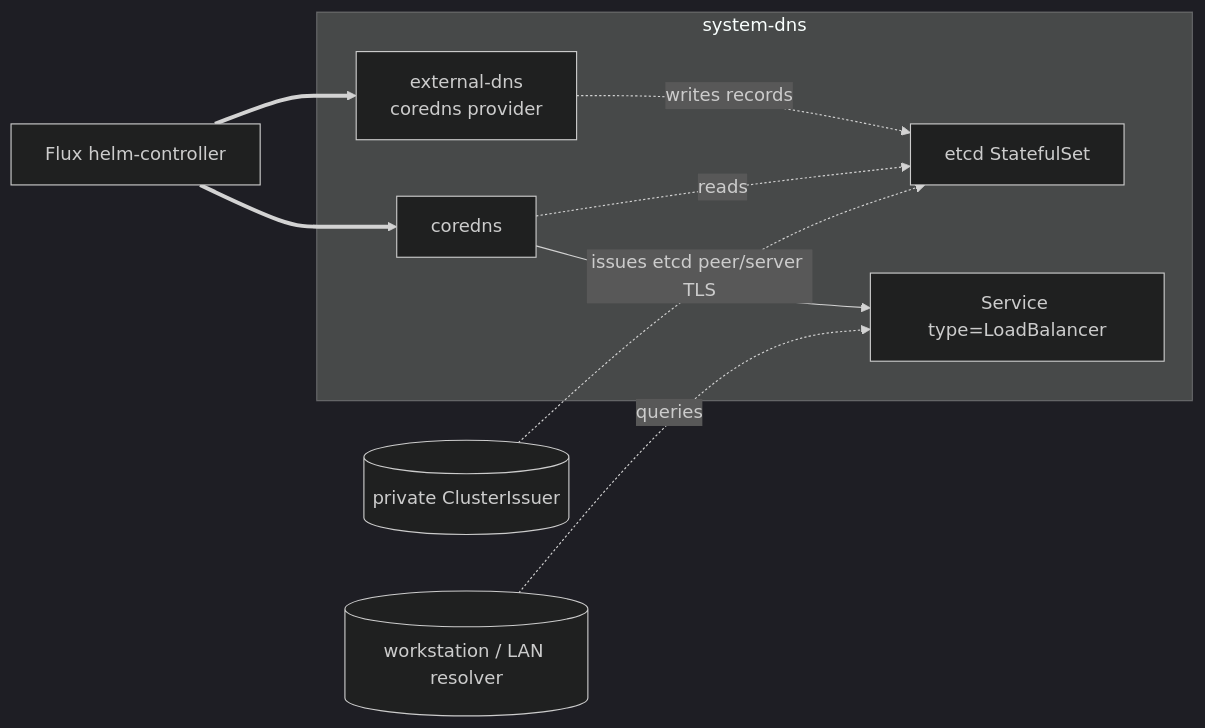
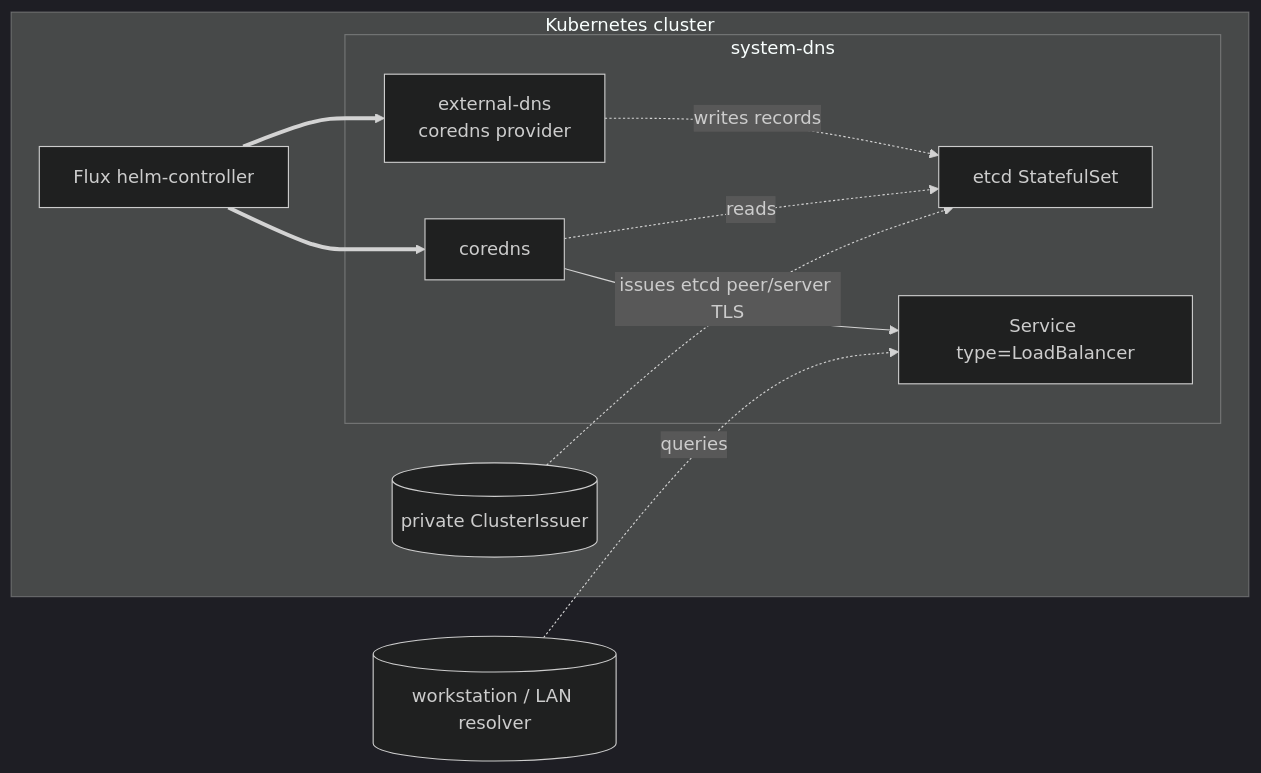
One commit to windsorcli/core changed the third of 3 diagrams in kustomize/dns/README.md. Above: the diagram before and after it, drawn with Mermaid (dark theme). The commit also changed other lines of this file and 35 other files, not shown here.

````diff
--- a/kustomize/dns/README.md
+++ b/kustomize/dns/README.md
@@ -126,22 +131,25 @@
 ```mermaid
 flowchart LR
-  flux[Flux helm-controller]
+  resolver[(workstation / LAN resolver)]
 
-  subgraph systemdns[system-dns]
-    edns[external-dns<br/>coredns provider]
-    coredns[coredns]
-    etcd[etcd StatefulSet]
-    lb[Service type=LoadBalancer]
+  subgraph cluster[Kubernetes cluster]
+    flux[Flux helm-controller]
+
+    subgraph systemdns[system-dns]
+      edns[external-dns<br/>coredns provider]
+      coredns[coredns]
+      etcd[etcd StatefulSet]
+      lb[Service type=LoadBalancer]
+    end
+
+    pki[(private ClusterIssuer)]
   end
-
-  pki[(private ClusterIssuer)]
-  resolver[(workstation / LAN resolver)]
 
   flux ==> edns
   flux ==> coredns
   edns -.writes records.-> etcd
   coredns -.reads.-> etcd
   pki -.issues etcd peer/server TLS.-> etcd
   coredns --> lb
   resolver -.queries.-> lb
 ```
````
